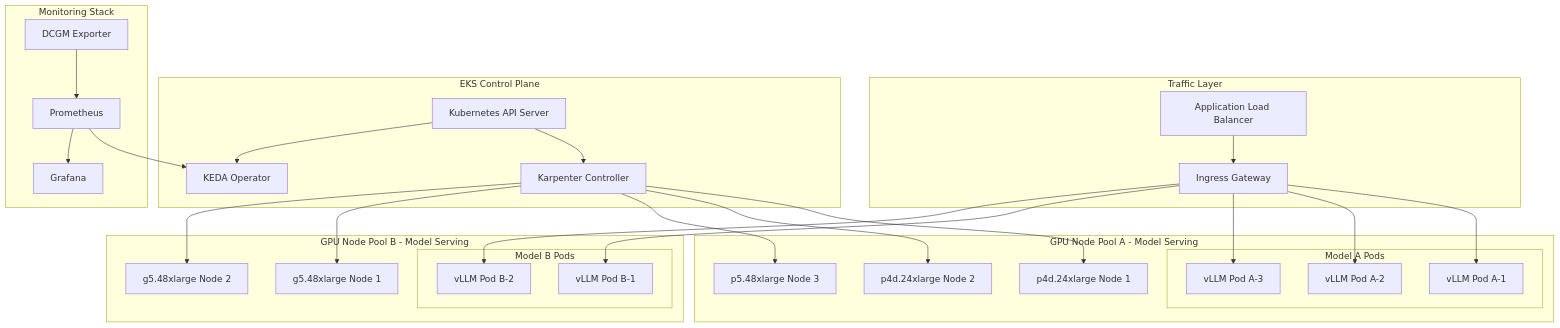
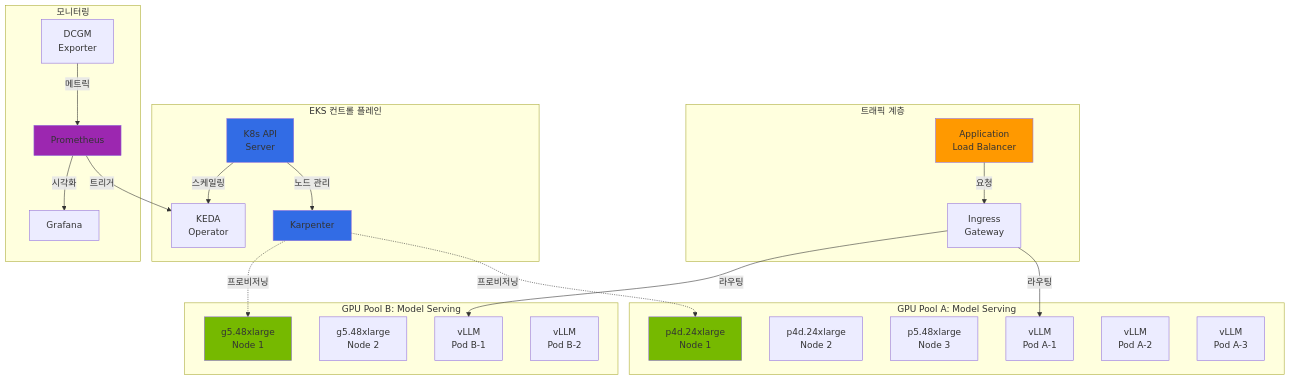
One commit to devfloor9/engineering-playbook changed the first of 6 diagrams in docs/agentic-ai-platform/model-serving/gpu-resource-management.md. Above: the diagram before and after it, drawn with Mermaid. The commit also changed other lines of this file and 24 other files, not shown here.

````diff
--- a/docs/agentic-ai-platform/model-serving/gpu-resource-management.md
+++ b/docs/agentic-ai-platform/model-serving/gpu-resource-management.md
@@ -135,55 +135,56 @@
 ```mermaid
 flowchart TB
-    subgraph "Traffic Layer"
-        ALB[Application Load Balancer]
-        IGW[Ingress Gateway]
+    subgraph Traffic["트래픽 계층"]
+        ALB[Application<br/>Load Balancer]
+        IGW[Ingress<br/>Gateway]
     end
 
-    subgraph "EKS Control Plane"
-        API[Kubernetes API Server]
-        KARP[Karpenter Controller]
-        KEDA_OP[KEDA Operator]
+    subgraph Control["EKS 컨트롤 플레인"]
+        API[K8s API<br/>Server]
+        KARP[Karpenter]
+        KEDA_OP[KEDA<br/>Operator]
     end
 
-    subgraph "GPU Node Pool A - Model Serving"
-        NPA1[p4d.24xlarge Node 1]
-        NPA2[p4d.24xlarge Node 2]
-        NPA3[p5.48xlarge Node 3]
-        
-        subgraph "Model A Pods"
-            MA1[vLLM Pod A-1]
-            MA2[vLLM Pod A-2]
-            MA3[vLLM Pod A-3]
-        end
+    subgraph PoolA["GPU Pool A: Model Serving"]
+        NPA1[p4d.24xlarge<br/>Node 1]
+        NPA2[p4d.24xlarge<br/>Node 2]
+        NPA3[p5.48xlarge<br/>Node 3]
+        MA1[vLLM<br/>Pod A-1]
+        MA2[vLLM<br/>Pod A-2]
+        MA3[vLLM<br/>Pod A-3]
     end
 
-    subgraph "GPU Node Pool B - Model Serving"
-        NPB1[g5.48xlarge Node 1]
-        NPB2[g5.48xlarge Node 2]
-        
-        subgraph "Model B Pods"
-            MB1[vLLM Pod B-1]
-            MB2[vLLM Pod B-2]
-        end
+    subgraph PoolB["GPU Pool B: Model Serving"]
+        NPB1[g5.48xlarge<br/>Node 1]
+        NPB2[g5.48xlarge<br/>Node 2]
+        MB1[vLLM<br/>Pod B-1]
+        MB2[vLLM<br/>Pod B-2]
     end
 
-    subgraph "Monitoring Stack"
-        DCGM[DCGM Exporter]
+    subgraph Monitor["모니터링"]
+        DCGM[DCGM<br/>Exporter]
         PROM[Prometheus]
         GRAF[Grafana]
     end
 
-    ALB --> IGW
-    IGW --> MA1 & MA2 & MA3
-    IGW --> MB1 & MB2
-    
-    API --> KARP
-    API --> KEDA_OP
-    
-    KARP --> NPA1 & NPA2 & NPA3
-    KARP --> NPB1 & NPB2
-    
-    DCGM --> PROM
-    PROM --> KEDA_OP
-    PROM --> GRAF
+    ALB -->|요청| IGW
+    IGW -->|라우팅| MA1
+    IGW -->|라우팅| MB1
+
+    API -->|노드 관리| KARP
+    API -->|스케일링| KEDA_OP
+
+    KARP -.->|프로비저닝| NPA1
+    KARP -.->|프로비저닝| NPB1
+
+    DCGM -->|메트릭| PROM
+    PROM -->|트리거| KEDA_OP
+    PROM -->|시각화| GRAF
+
+    style ALB fill:#ff9900
+    style API fill:#326ce5
+    style KARP fill:#326ce5
+    style NPA1 fill:#76b900
+    style NPB1 fill:#76b900
+    style PROM fill:#9c27b0
 ```
````
